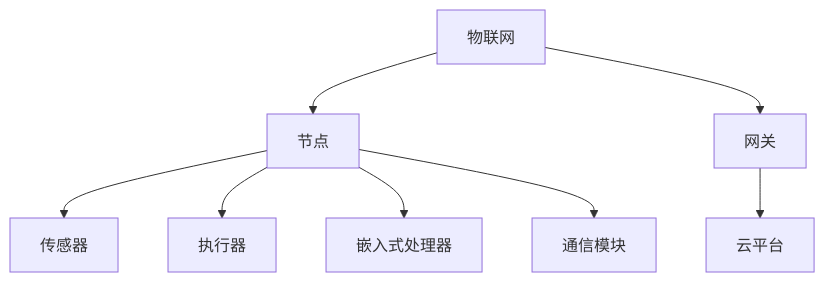
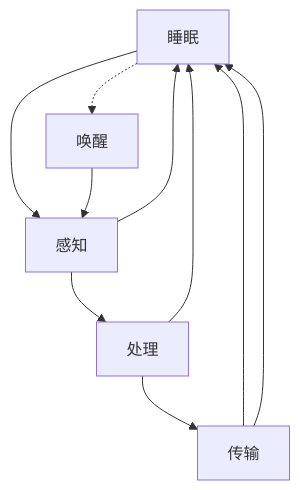
The third of 3 diagrams in 3.物联网嵌入式系统/3.1 知识梳理/3.1.1 基本概念.md (AdaMartin18010/SystemOSIOT), drawn with Mermaid before and after one commit. The commit also changed other lines of this file and 80 other files, not shown here.

````diff
--- a/3.物联网嵌入式系统/3.1 知识梳理/3.1.1 基本概念.md
+++ b/3.物联网嵌入式系统/3.1 知识梳理/3.1.1 基本概念.md
@@ -21,10 +391,14 @@
 ```mermaid
 graph TD;
-  IoT[物联网] --> Node[节点];
-  Node --> Sensor[传感器];
-  Node --> Actuator[执行器];
-  Node --> MCU[嵌入式处理器];
-  Node --> Comm[通信模块];
-  IoT --> Gateway[网关];
-  Gateway --> Cloud[云平台];
+  SLEEP[睡眠] --> SENSE[感知];
+  SENSE --> PROCESS[处理];
+  PROCESS --> TRANSMIT[传输];
+  TRANSMIT --> SLEEP;
+  
+  SENSE --> SLEEP;
+  PROCESS --> SLEEP;
+  TRANSMIT --> SLEEP;
+  
+  SLEEP -.-> WAKEUP[唤醒];
+  WAKEUP --> SENSE;
 ```
````
